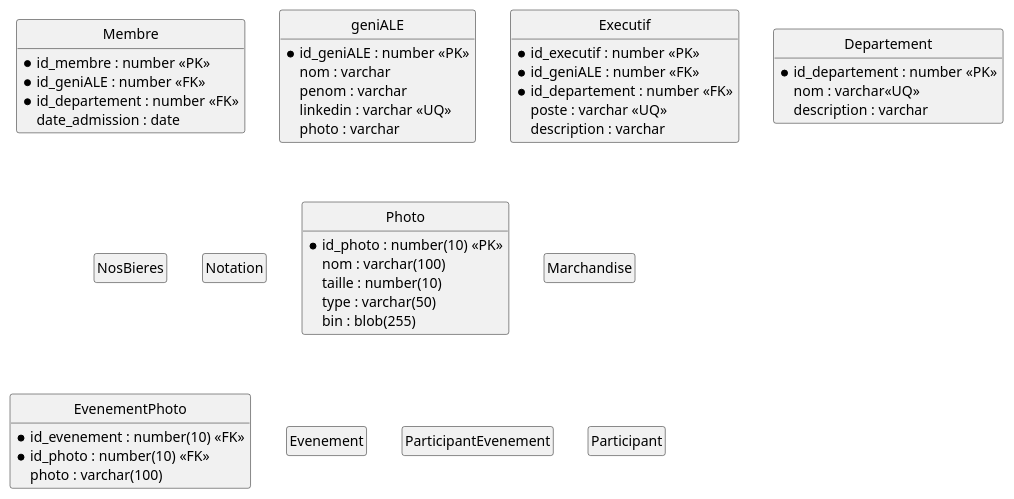
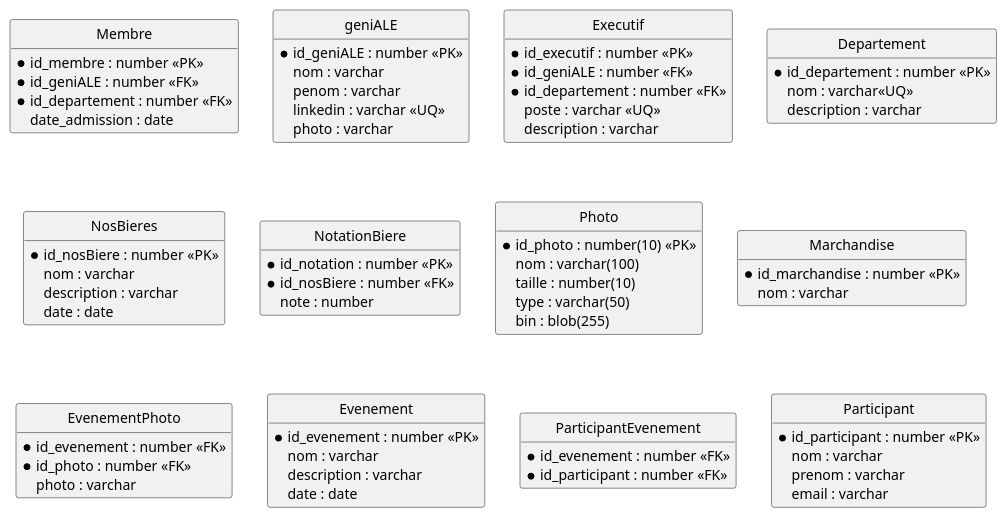
One commit to GeniALE/ApiGeniALE changed the diagram in doc/MLD-DataBase.puml. Above: the diagram before and after it, drawn with PlantUML.

Commit message:
modification du mld

```diff
--- a/doc/MLD-DataBase.puml
+++ b/doc/MLD-DataBase.puml
@@ -1,72 +1,92 @@
 @startuml MLD-DataBase
 skinparam style strictuml
 skinparam packageStyle rect
 skinparam defaultfontname xkcd Script
 hide empty members
 
 entity Membre{
     * id_membre : number <<PK>>
     * id_geniALE : number <<FK>>
     * id_departement : number <<FK>>
     date_admission : date
 }
 
 entity geniALE{
     * id_geniALE : number <<PK>>
     nom : varchar
     penom : varchar
     linkedin : varchar <<UQ>>
     photo : varchar
 }
 
 entity Executif{
     * id_executif : number <<PK>>
     * id_geniALE : number <<FK>>
     * id_departement : number <<FK>>
     poste : varchar <<UQ>>
     description : varchar  
 }
 entity Departement{
     * id_departement : number <<PK>>
     nom : varchar<<UQ>>
     description : varchar
 }
 entity NosBieres{
+    * id_nosBiere : number <<PK>>
+    nom : varchar
+    description : varchar
+    date : date 
 }
 
-entity Notation{
+entity NotationBiere{
+    * id_notation : number <<PK>>
+    * id_nosBiere : number <<FK>>
+    note : number 
 }
 
 entity Photo{
     * id_photo : number(10) <<PK>>
     nom : varchar(100)
     taille : number(10)
     type : varchar(50)
     bin : blob(255)
 }
 
 entity Marchandise{
+    * id_marchandise : number <<PK>>
+    nom : varchar
+    
 }
 
 entity EvenementPhoto{
-    * id_evenement : number(10) <<FK>>
-    * id_photo : number(10) <<FK>>
-    photo : varchar(100)
+    * id_evenement : number <<FK>>
+    * id_photo : number <<FK>>
+    photo : varchar
 }
 
 entity Evenement{
+    * id_evenement : number <<PK>>
+    nom : varchar
+    description : varchar
+    date : date
 }
 
 entity ParticipantEvenement{
+    * id_evenement : number <<FK>>
+    * id_participant : number <<FK>>
 }
 
 entity Participant{
+    * id_participant : number <<PK>>
+    nom : varchar
+    prenom : varchar
+    email : varchar
 }
 
 
 
 
 
 
 
 @enduml
```
